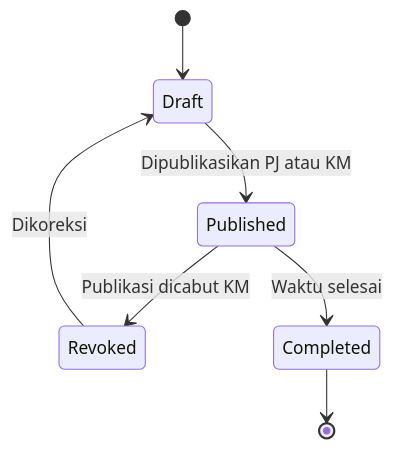
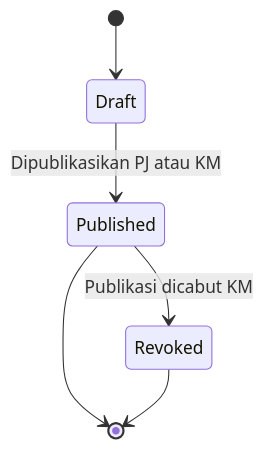
Before and after one commit to darvaaph/bot-wa-jadwal: the fifth of 6 diagrams in docs/product/PRODUCT_DEFINITION.md, drawn with Mermaid. The commit also changed other lines of this file and 8 other files, not shown here.

````diff
--- a/docs/product/PRODUCT_DEFINITION.md
+++ b/docs/product/PRODUCT_DEFINITION.md
@@ -241,9 +243,8 @@
 ```mermaid
 stateDiagram-v2
     [*] --> Draft
     Draft --> Published: Dipublikasikan PJ atau KM
     Published --> Revoked: Publikasi dicabut KM
-    Published --> Completed: Waktu selesai
-    Revoked --> Draft: Dikoreksi
-    Completed --> [*]
+    Published --> [*]
+    Revoked --> [*]
 ```
````
